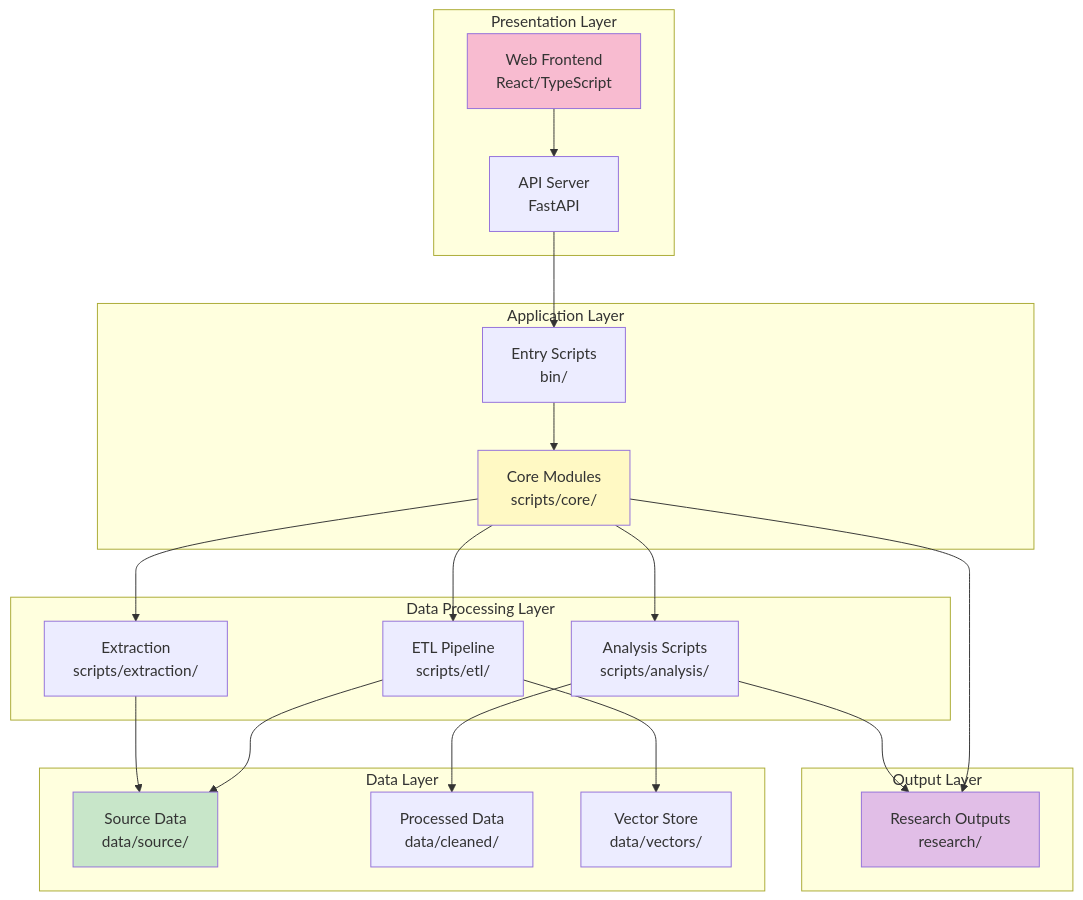
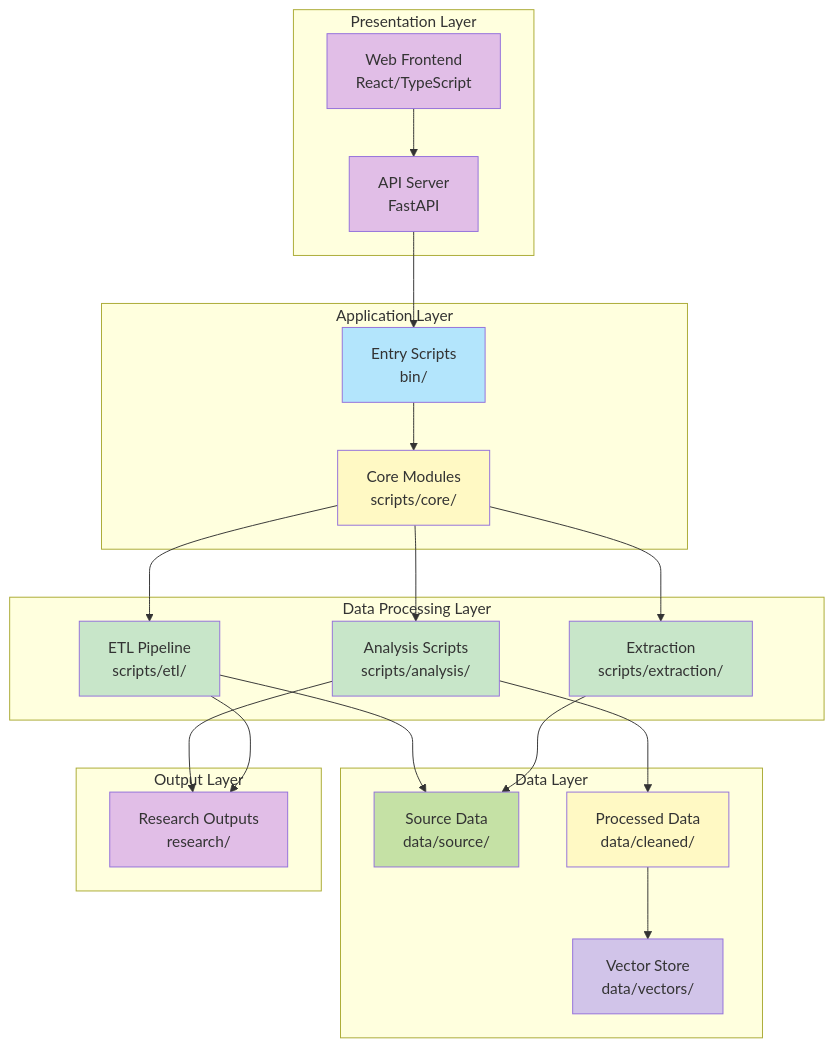
The fourth of 5 diagrams in docs/DIAGRAMS.md (1digitaldesign/kettler-data-analysis), drawn with Mermaid before and after one commit. The commit also changed other lines of this file and 2 other files, not shown here.

First line of the commit message:
Remove duplicate ARCHITECTURE.md and enhance remaining docs

````diff
--- a/docs/DIAGRAMS.md
+++ b/docs/DIAGRAMS.md
@@ -199,46 +119,53 @@
 ```mermaid
 graph TB
     subgraph "Presentation Layer"
         WEB[Web Frontend<br/>React/TypeScript]
         API[API Server<br/>FastAPI]
     end
 
     subgraph "Application Layer"
         BIN[Entry Scripts<br/>bin/]
         CORE[Core Modules<br/>scripts/core/]
     end
 
     subgraph "Data Processing Layer"
         ETL[ETL Pipeline<br/>scripts/etl/]
         ANALYSIS[Analysis Scripts<br/>scripts/analysis/]
         EXTRACTION[Extraction<br/>scripts/extraction/]
     end
 
     subgraph "Data Layer"
         SOURCE[Source Data<br/>data/source/]
         PROCESSED[Processed Data<br/>data/cleaned/]
         VECTORS[Vector Store<br/>data/vectors/]
     end
 
     subgraph "Output Layer"
         RESEARCH[Research Outputs<br/>research/]
     end
 
     WEB --> API
     API --> BIN
     BIN --> CORE
     CORE --> ETL
     CORE --> ANALYSIS
     CORE --> EXTRACTION
     ETL --> SOURCE
     ANALYSIS --> PROCESSED
     EXTRACTION --> SOURCE
-    ETL --> VECTORS
-    CORE --> RESEARCH
+    PROCESSED --> VECTORS
     ANALYSIS --> RESEARCH
+    ETL --> RESEARCH
 
-    style WEB fill:#F8BBD0
+    style WEB fill:#E1BEE7
+    style API fill:#E1BEE7
+    style BIN fill:#B3E5FC
     style CORE fill:#FFF9C4
-    style SOURCE fill:#C8E6C9
+    style ETL fill:#C8E6C9
+    style ANALYSIS fill:#C8E6C9
+    style EXTRACTION fill:#C8E6C9
+    style SOURCE fill:#C5E1A5
+    style PROCESSED fill:#FFF9C4
+    style VECTORS fill:#D1C4E9
     style RESEARCH fill:#E1BEE7
 ```
````
